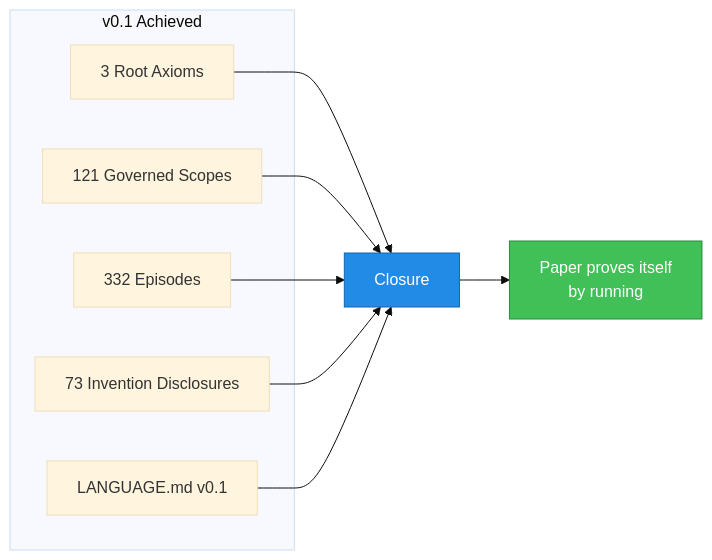
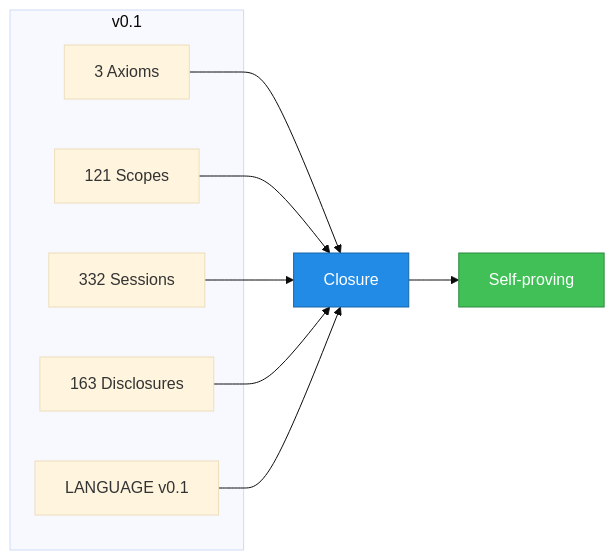
Before and after one commit to canonic-machine/paper: the seventh of 7 diagrams in manuscript.md, drawn with Mermaid (base theme). The commit also changed other lines of this file and 242 other files, not shown here.

````diff
--- a/manuscript.md
+++ b/manuscript.md
@@ -681,16 +545,16 @@
 ```mermaid
 flowchart LR
-    subgraph Achieved["v0.1 Achieved"]
-        A1["3 Root Axioms"]
-        A2["121 Governed Scopes"]
-        A3["332 Episodes"]
-        A4["73 Invention Disclosures"]
-        A5["LANGUAGE.md v0.1"]
+    subgraph Achieved["v0.1"]
+        A1["3 Axioms"]
+        A2["121 Scopes"]
+        A3["332 Sessions"]
+        A4["163 Disclosures"]
+        A5["LANGUAGE v0.1"]
     end
 
     A1 & A2 & A3 & A4 & A5 --> Closure["Closure"]
-    Closure --> Proof["Paper proves itself<br/>by running"]
+    Closure --> Proof["Self-proving"]
 
     style Closure fill:#228be6,stroke:#1864ab,color:white
     style Proof fill:#40c057,stroke:#2b8a3e,color:white
 ```
````
